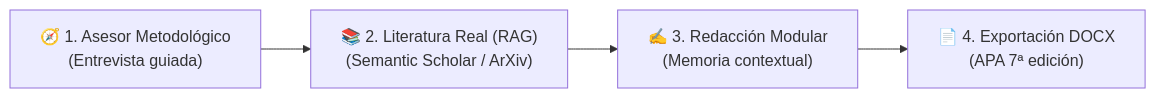
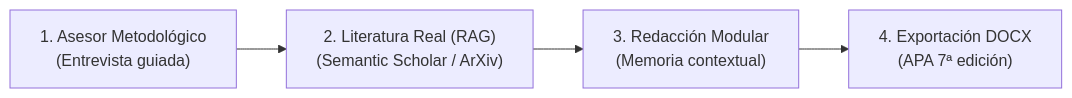
One commit to oscarbol09/thesisforge changed the diagram in docs/index.md. Above: the diagram before and after it, drawn with Mermaid. The commit also changed other lines of this file and 18 other files, not shown here.

````diff
--- a/docs/index.md
+++ b/docs/index.md
@@ -20,6 +15,6 @@
 ```mermaid
 graph LR
-    A["🧭 1. Asesor Metodológico\n(Entrevista guiada)"] --> B["📚 2. Literatura Real (RAG)\n(Semantic Scholar / ArXiv)"]
-    B --> C["✍️ 3. Redacción Modular\n(Memoria contextual)"]
-    C --> D["📄 4. Exportación DOCX\n(APA 7ª edición)"]
+    A["1. Asesor Metodológico\n(Entrevista guiada)"] --> B["2. Literatura Real (RAG)\n(Semantic Scholar / ArXiv)"]
+    B --> C["3. Redacción Modular\n(Memoria contextual)"]
+    C --> D["4. Exportación DOCX\n(APA 7ª edición)"]
 ```
````
